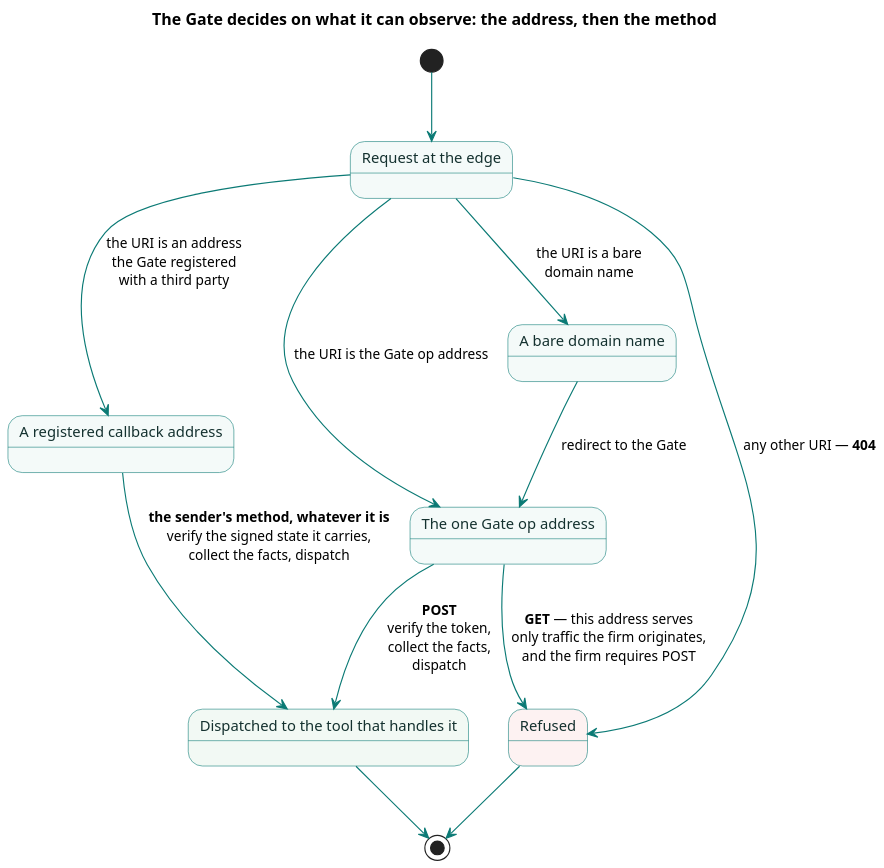
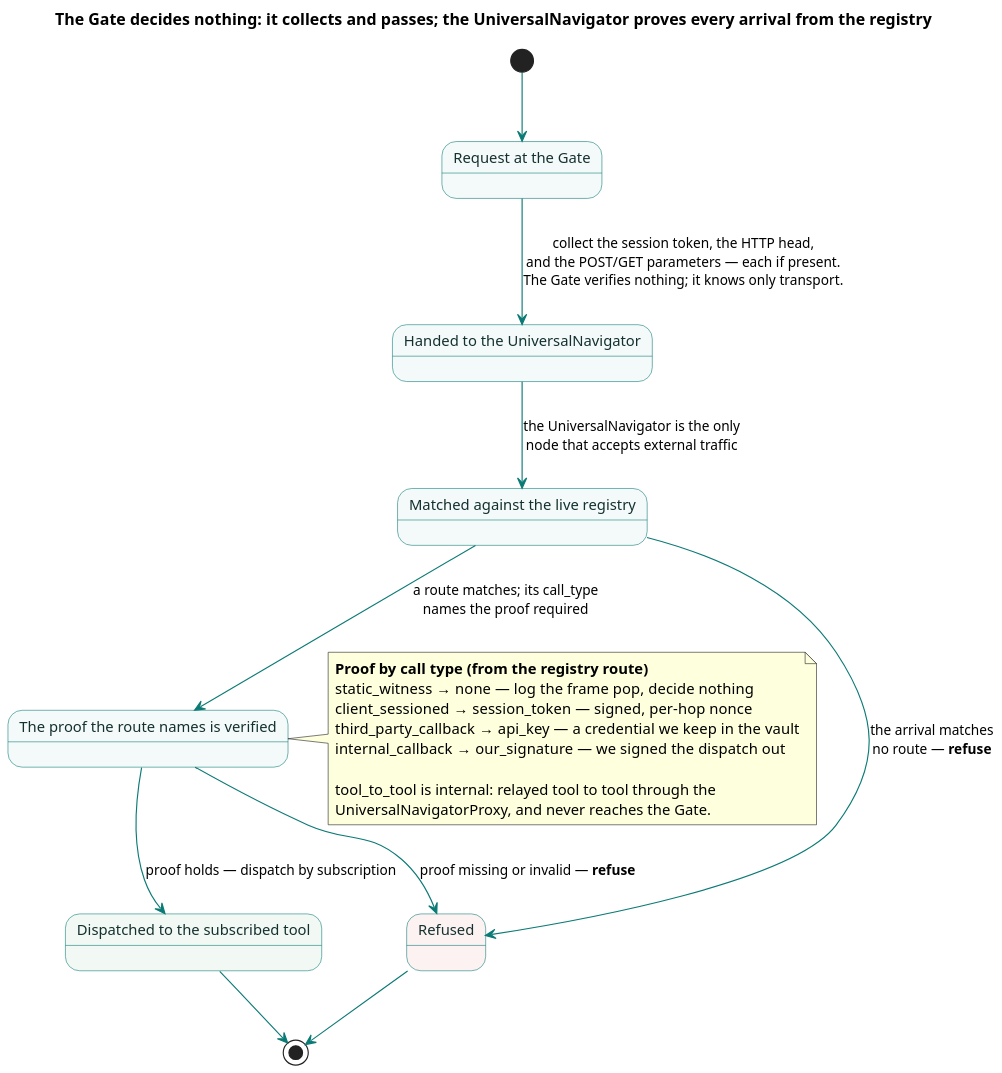
One commit to SkipSnow/ChatHealthyRepo changed the diagram in brain/machine_artifacts/diagramsAndImages/sources/sec_gate_enforcement.puml. Above: the diagram before and after it, drawn with PlantUML. The commit also changed 96 other files, not shown here.

```diff
--- a/brain/machine_artifacts/diagramsAndImages/sources/sec_gate_enforcement.puml
+++ b/brain/machine_artifacts/diagramsAndImages/sources/sec_gate_enforcement.puml
@@ -1,41 +1,50 @@
 @startuml
 skinparam dpi 140
 skinparam defaultFontName "Segoe UI"
 skinparam defaultFontSize 13
 skinparam shadowing false
 skinparam ArrowColor #0B7A75
 skinparam ArrowFontSize 12
 skinparam state {
   BackgroundColor #F4FAF9
   BorderColor #0B7A75
   FontColor #14312F
   FontSize 13
 }
 
-title The Gate decides on what it can observe: the address, then the method
+title The Gate decides nothing: it collects and passes; the UniversalNavigator proves every arrival from the registry
 
-[*] --> Received
+[*] --> AtGate
 
-state "Request at the edge" as Received
-state "The one Gate op address" as Op
-state "A registered callback address" as Callback
-state "A bare domain name" as Bare
+state "Request at the Gate" as AtGate
+state "Handed to the UniversalNavigator" as AtNav
+state "Matched against the live registry" as Resolve
+state "The proof the route names is verified" as Prove
 state "Refused" as Refused #FDF2F2
-state "Dispatched to the tool that handles it" as Dispatched #F2F9F4
+state "Dispatched to the subscribed tool" as Dispatched #F2F9F4
 
-Received --> Op : the URI is the Gate op address
-Received --> Callback : the URI is an address\nthe Gate registered\nwith a third party
-Received --> Bare : the URI is a bare\ndomain name
-Received --> Refused : any other URI — **404**
+AtGate --> AtNav : collect the session token, the HTTP head,\nand the POST/GET parameters — each if present.\nThe Gate verifies nothing; it knows only transport.
 
-Op --> Dispatched : **POST**\nverify the token,\ncollect the facts,\ndispatch
-Op --> Refused : **GET** — this address serves\nonly traffic the firm originates,\nand the firm requires POST
+AtNav --> Resolve : the UniversalNavigator is the only\nnode that accepts external traffic
 
-Callback --> Dispatched : **the sender's method, whatever it is**\nverify the signed state it carries,\ncollect the facts, dispatch
+Resolve --> Refused : the arrival matches\nno route — **refuse**
+Resolve --> Prove : a route matches; its call_type\nnames the proof required
 
-Bare --> Op : redirect to the Gate
+Prove --> Refused : proof missing or invalid — **refuse**
+Prove --> Dispatched : proof holds — dispatch by subscription
 
 Refused --> [*]
 Dispatched --> [*]
 
+note right of Prove
+  <b>Proof by call type (from the registry route)</b>
+  static_witness  →  none — log the frame pop, decide nothing
+  client_sessioned  →  session_token — signed, per-hop nonce
+  third_party_callback  →  api_key — a credential we keep in the vault
+  internal_callback  →  our_signature — we signed the dispatch out
+
+  tool_to_tool is internal: relayed tool to tool through the
+  UniversalNavigatorProxy, and never reaches the Gate.
+end note
+
 @enduml
```
